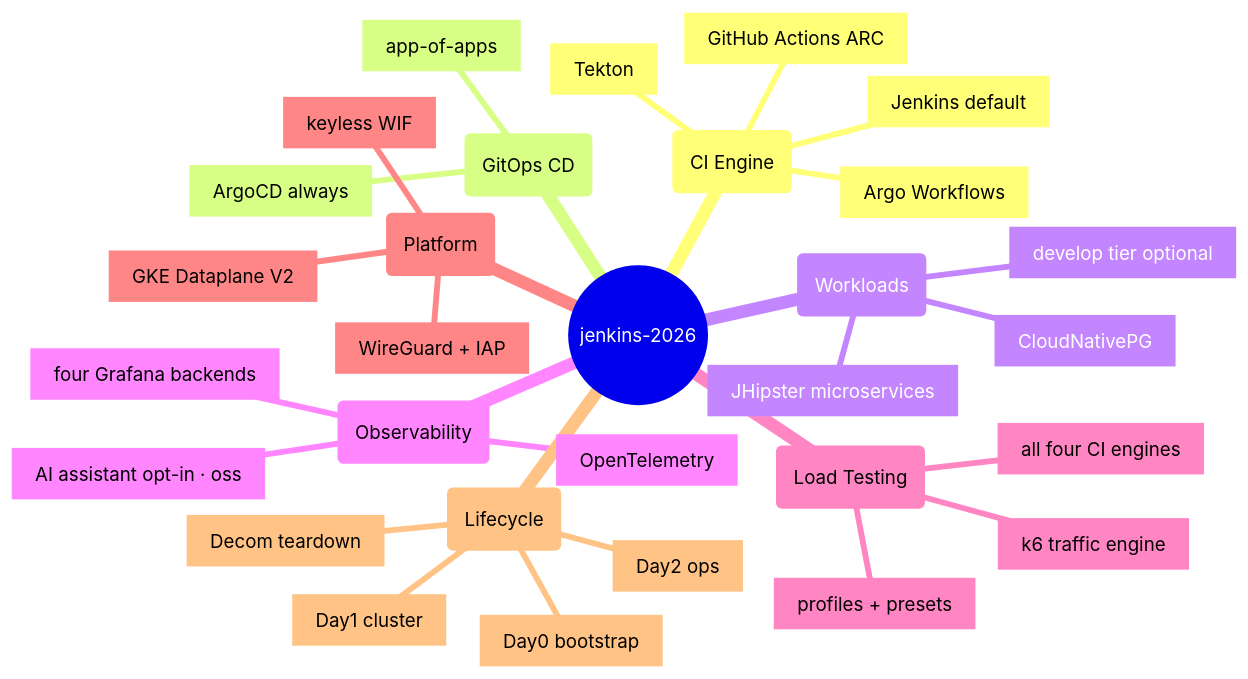
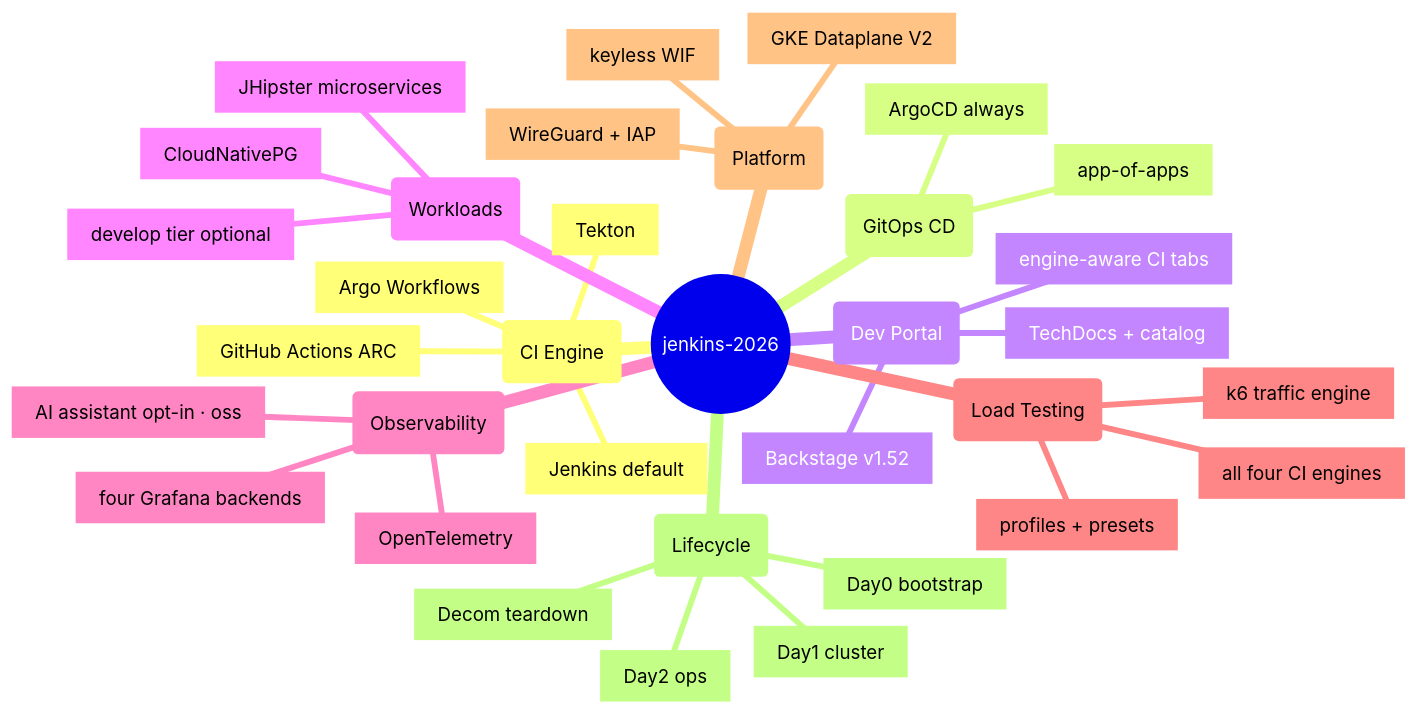
One commit to nubenetes/jenkins-2026 changed the first of 4 diagrams in README.md. Above: the diagram before and after it, drawn with Mermaid. The commit also changed other lines of this file and 130 other files, not shown here.

First line of the commit message:
The Backstage developer portal release + Declarative pipeline overhaul (develop → main) (#636)

````diff
--- a/README.md
+++ b/README.md
@@ -79,33 +84,37 @@
 ```mermaid
 mindmap
   root((jenkins-2026))
     (CI Engine)
       [Jenkins default]
       [Tekton]
       [GitHub Actions ARC]
       [Argo Workflows]
     (GitOps CD)
       [ArgoCD always]
       [app-of-apps]
+    (Dev Portal)
+      [Backstage v1.52]
+      [engine-aware CI tabs]
+      [TechDocs + catalog]
     (Workloads)
       [JHipster microservices]
       [CloudNativePG]
       [develop tier optional]
     (Observability)
       [OpenTelemetry]
       [four Grafana backends]
       [AI assistant opt-in · oss]
     (Load Testing)
       [k6 traffic engine]
       [profiles + presets]
       [all four CI engines]
     (Platform)
       [GKE Dataplane V2]
       [WireGuard + IAP]
       [keyless WIF]
     (Lifecycle)
       [Day0 bootstrap]
       [Day1 cluster]
       [Day2 ops]
       [Decom teardown]
 ```
````
